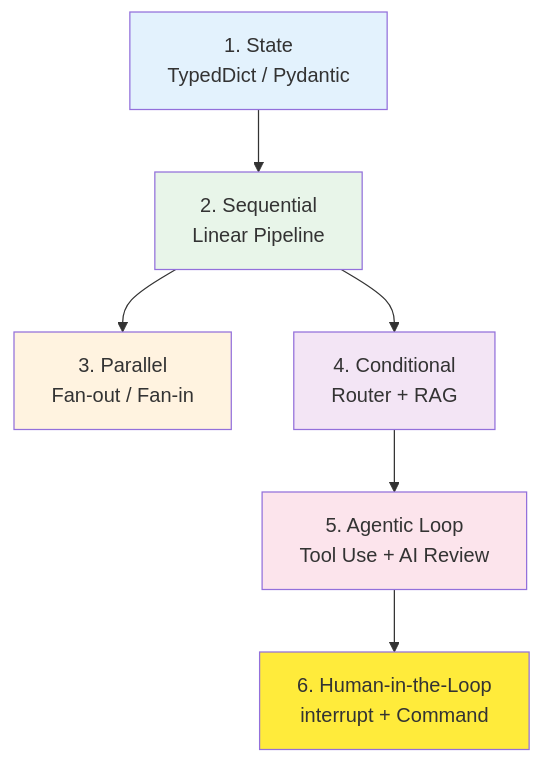
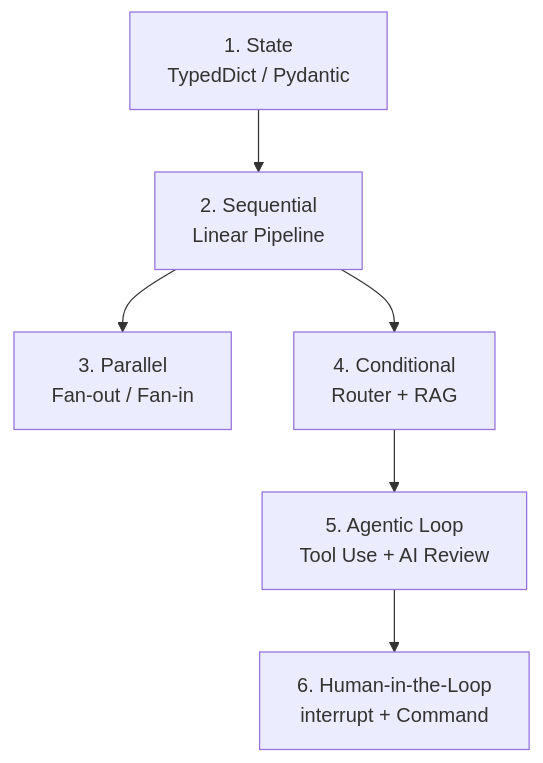
Before and after one commit to TexZ-GenZ/LangGraph-learning-: the seventh of 7 diagrams in README.md, drawn with Mermaid. The commit also changed other lines of this file, not shown here.

````diff
--- a/README.md
+++ b/README.md
@@ -197,15 +173,8 @@
 ```mermaid
 graph TD
     A[1. State<br/>TypedDict / Pydantic] --> B[2. Sequential<br/>Linear Pipeline]
     B --> C[3. Parallel<br/>Fan-out / Fan-in]
     B --> D[4. Conditional<br/>Router + RAG]
     D --> E[5. Agentic Loop<br/>Tool Use + AI Review]
     E --> F[6. Human-in-the-Loop<br/>interrupt + Command]
-
-    style A fill:#e3f2fd
-    style B fill:#e8f5e9
-    style C fill:#fff3e0
-    style D fill:#f3e5f5
-    style E fill:#fce4ec
-    style F fill:#ffeb3b
 ```
````
